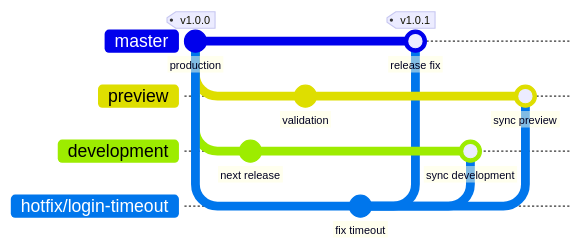
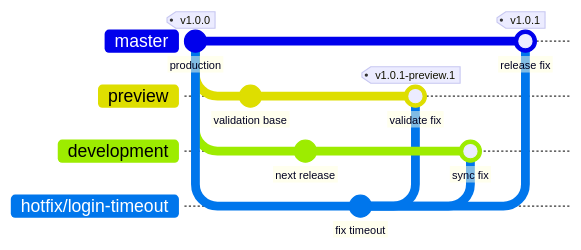
One commit to JoseManuelKun/gitflow-preview changed the diagram in diagrams/hotfix-flow.mmd. Above: the diagram before and after it, drawn with Mermaid. The commit also changed 12 other files, not shown here.

Commit message:
docs: define validated hotfix order

```diff
--- a/diagrams/hotfix-flow.mmd
+++ b/diagrams/hotfix-flow.mmd
@@ -1,26 +1,26 @@
 %%{init: { "gitGraph": { "mainBranchName": "master", "mainBranchOrder": 0, "showCommitLabel": true, "rotateCommitLabel": false } }}%%
 gitGraph LR:
     commit id: "production" tag: "v1.0.0"
 
+    branch preview order: 1
+    checkout preview
+    commit id: "validation base"
+
+    checkout master
     branch development order: 2
     checkout development
     commit id: "next release"
-
-    checkout master
-    branch preview order: 1
-    checkout preview
-    commit id: "validation"
 
     checkout master
     branch "hotfix/login-timeout" order: 3
     checkout "hotfix/login-timeout"
     commit id: "fix timeout"
 
+    checkout preview
+    merge "hotfix/login-timeout" id: "validate fix" tag: "v1.0.1-preview.1"
+
+    checkout development
+    merge "hotfix/login-timeout" id: "sync fix"
+
     checkout master
     merge "hotfix/login-timeout" id: "release fix" tag: "v1.0.1"
-
-    checkout development
-    merge "hotfix/login-timeout" id: "sync development"
-
-    checkout preview
-    merge "hotfix/login-timeout" id: "sync preview"
```
